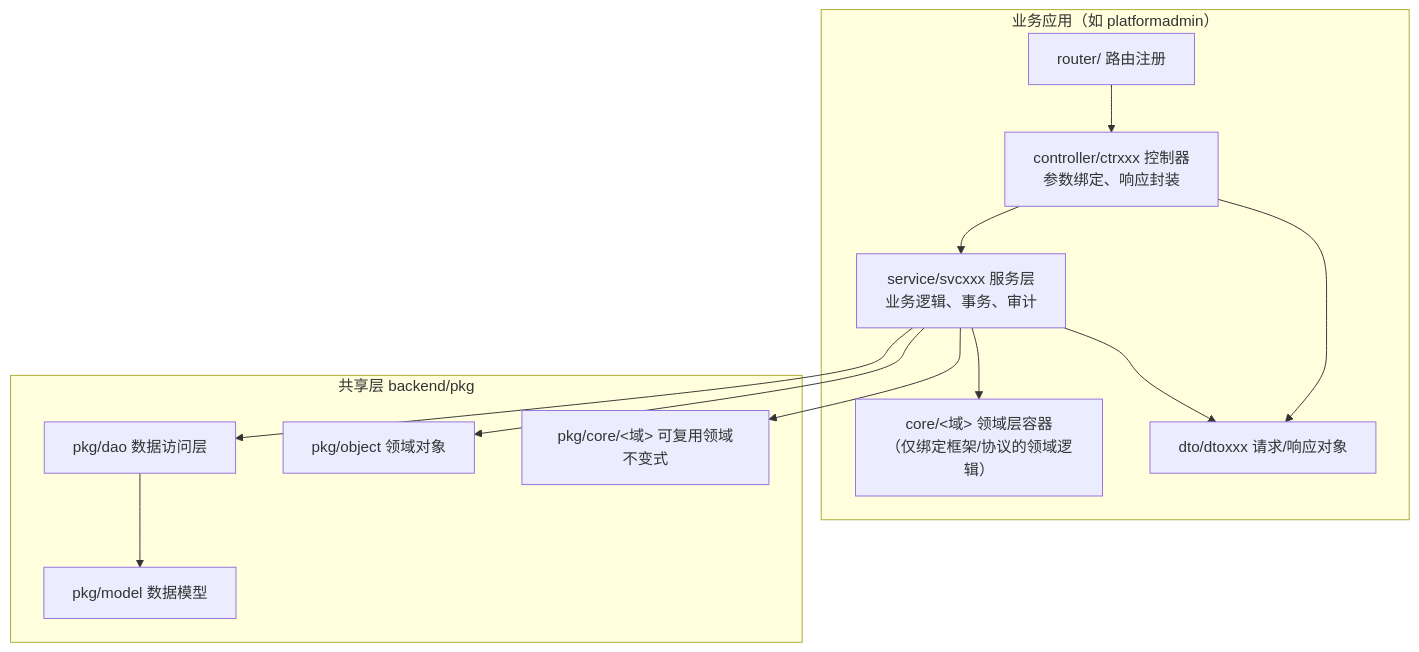
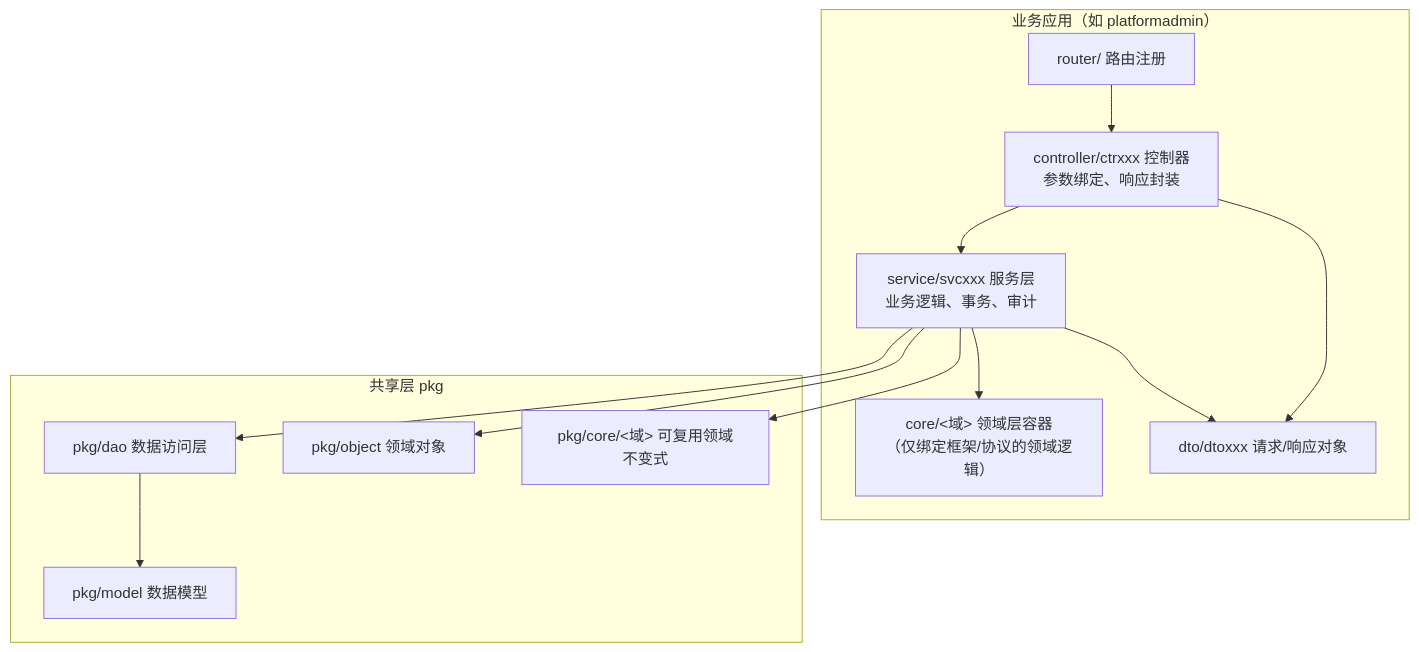
Before and after one commit to morehao/ark-iam: the second of 15 diagrams in docs/design/system-design.md, drawn with Mermaid. The commit also changed other lines of this file and 13 other files, not shown here.

````diff
--- a/docs/design/system-design.md
+++ b/docs/design/system-design.md
@@ -120,24 +127,24 @@
 ```mermaid
 flowchart TB
     subgraph APP["业务应用（如 platformadmin）"]
         R["router/ 路由注册"]
         C["controller/ctrxxx 控制器<br/>参数绑定、响应封装"]
         S["service/svcxxx 服务层<br/>业务逻辑、事务、审计"]
         CORE["core/&lt;域&gt; 领域层容器<br/>（仅绑定框架/协议的领域逻辑）"]
         DTO["dto/dtoxxx 请求/响应对象"]
     end
-    subgraph SHARED["共享层 backend/pkg"]
+    subgraph SHARED["共享层 pkg"]
         D["pkg/dao 数据访问层"]
         M["pkg/model 数据模型"]
         O["pkg/object 领域对象"]
         PC["pkg/core/&lt;域&gt; 可复用领域不变式"]
     end
     R --> C --> S
     S --> CORE
     S --> D
     S --> O
     S --> PC
     C --> DTO
     S --> DTO
     D --> M
 ```
````
